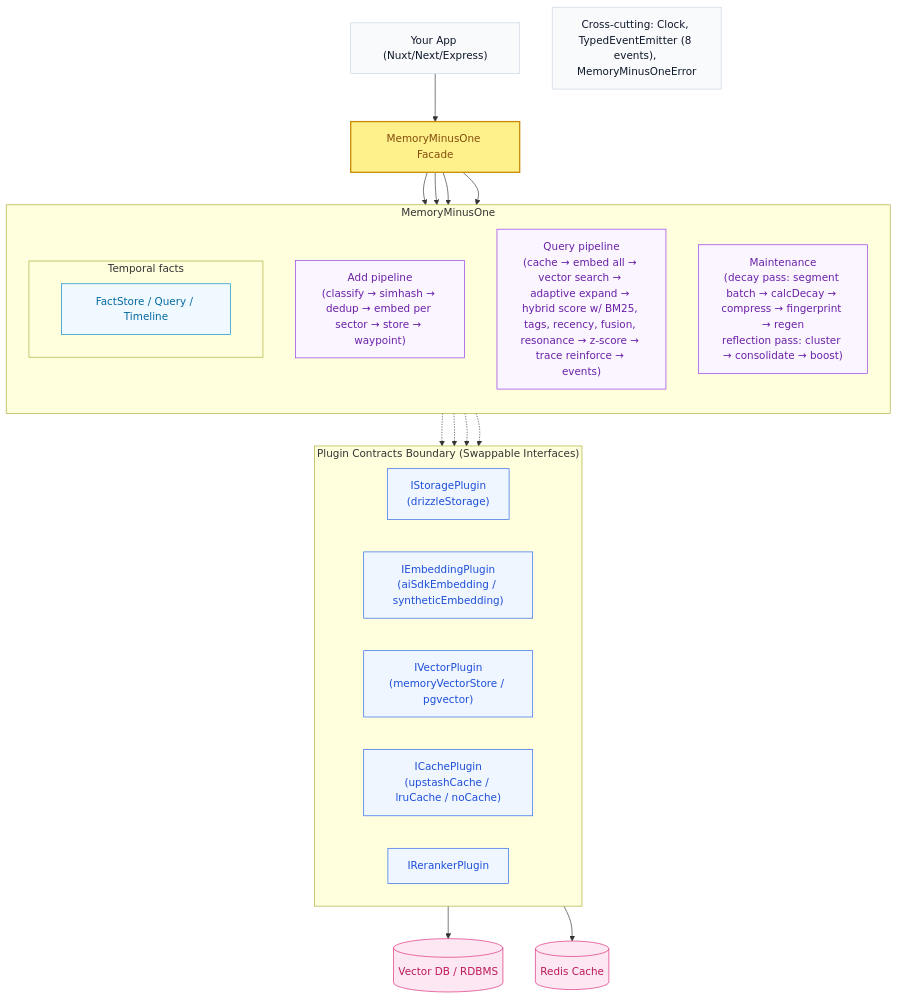
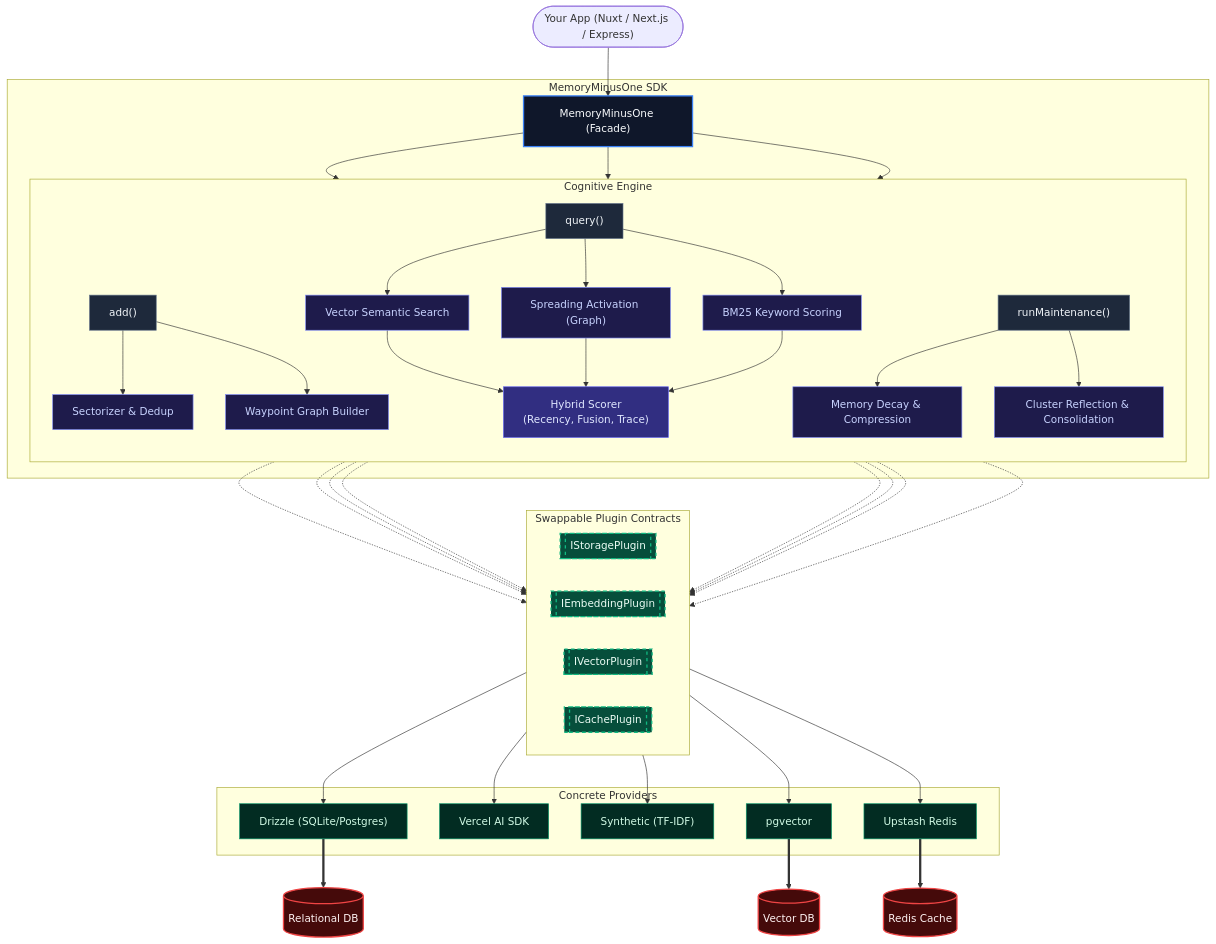
The diagram in README.md (NormVg/MemoryMinusOne), drawn with Mermaid before and after one commit.

Commit message:
docs: rewrite architecture diagram to be workflow-oriented and detailed

````diff
--- a/README.md
+++ b/README.md
@@ -85,51 +85,79 @@
 ```mermaid
 flowchart TD
     %% Styling Classes
-    classDef input fill:#f8fafc,stroke:#cbd5e1,stroke-width:1px,color:#0f172a;
-    classDef router fill:#e0f2fe,stroke:#0284c7,stroke-width:1px,color:#0369a1;
-    classDef db fill:#fce7f3,stroke:#db2777,stroke-width:1px,color:#be185d;
-    classDef engine fill:#faf5ff,stroke:#9333ea,stroke-width:1px,color:#6b21a8;
-    classDef facts fill:#f0f9ff,stroke:#0284c7,stroke-width:1px,color:#0369a1;
-    classDef plugin fill:#eff6ff,stroke:#2563eb,stroke-width:1px,color:#1d4ed8;
-    classDef outputNode fill:#f0fdf4,stroke:#16a34a,stroke-width:1px,color:#15803d;
-    classDef facade fill:#fef08a,stroke:#ca8a04,stroke-width:2px,color:#854d0e;
+    classDef facade fill:#0f172a,stroke:#3b82f6,stroke-width:2px,color:#f8fafc;
+    classDef api fill:#1e293b,stroke:#64748b,stroke-width:1px,color:#f1f5f9;
+    classDef engine fill:#312e81,stroke:#6366f1,stroke-width:1px,color:#e0e7ff;
+    classDef module fill:#1e1b4b,stroke:#818cf8,stroke-width:1px,color:#c7d2fe;
+    classDef pluginInterface fill:#064e3b,stroke:#10b981,stroke-width:2px,color:#ecfdf5,stroke-dasharray: 5 5;
+    classDef implementation fill:#022c22,stroke:#059669,stroke-width:1px,color:#d1fae5;
+    classDef database fill:#450a0a,stroke:#ef4444,stroke-width:2px,color:#fef2f2;
 
-    Input["Your App (Nuxt/Next/Express)"]:::input --> Facade["MemoryMinusOne Facade"]:::facade
+    UserApp(["Your App (Nuxt / Next.js / Express)"]) --> Facade
 
-    subgraph FacadeLayer ["MemoryMinusOne"]
-        direction TD
+    subgraph MemoryMinusOne [MemoryMinusOne SDK]
+        Facade["MemoryMinusOne (Facade)"]:::facade
         
-        AddPipe["Add pipeline<br/>(classify → simhash → dedup → embed per sector → store → waypoint)"]:::engine
-        QueryPipe["Query pipeline<br/>(cache → embed all → vector search → adaptive expand → hybrid score w/ BM25, tags, recency, fusion, resonance → z-score → trace reinforce → events)"]:::engine
-        Maintenance["Maintenance<br/>(decay pass: segment batch → calcDecay → compress → fingerprint → regen<br/>reflection pass: cluster → consolidate → boost)"]:::engine
+        %% Core APIs
+        Facade --> AddAPI["add()"]:::api
+        Facade --> QueryAPI["query()"]:::api
+        Facade --> MaintAPI["runMaintenance()"]:::api
         
-        subgraph TemporalFacts ["Temporal facts"]
-            FactStore["FactStore / Query / Timeline"]:::facts
+        %% Cognitive Engine Modules
+        subgraph CognitiveEngine [Cognitive Engine]
+            direction TB
+            AddAPI --> Sectorizer["Sectorizer & Dedup"]:::module
+            AddAPI --> GraphBuilder["Waypoint Graph Builder"]:::module
+            
+            QueryAPI --> SemanticSearch["Vector Semantic Search"]:::module
+            QueryAPI --> GraphTraverse["Spreading Activation (Graph)"]:::module
+            QueryAPI --> KeywordMatch["BM25 Keyword Scoring"]:::module
+            
+            SemanticSearch --> HybridScoring["Hybrid Scorer<br/>(Recency, Fusion, Trace)"]:::engine
+            GraphTraverse --> HybridScoring
+            KeywordMatch --> HybridScoring
+            
+            MaintAPI --> DecayEngine["Memory Decay & Compression"]:::module
+            MaintAPI --> ReflectionEngine["Cluster Reflection & Consolidation"]:::module
         end
     end
-    
-    Facade --> AddPipe
-    Facade --> QueryPipe
-    Facade --> Maintenance
-    Facade --> TemporalFacts
 
-    %% Plugin Boundary Layer
-    subgraph PluginBoundary ["Plugin Contracts Boundary (Swappable Interfaces)"]
+    %% Plugin Architecture
+    subgraph PluginLayer [Swappable Plugin Contracts]
         direction LR
-        IStore["IStoragePlugin<br/>(drizzleStorage)"]:::plugin
-        IEmbed["IEmbeddingPlugin<br/>(aiSdkEmbedding / syntheticEmbedding)"]:::plugin
-        IVec["IVectorPlugin<br/>(memoryVectorStore / pgvector)"]:::plugin
-        ICache["ICachePlugin<br/>(upstashCache / lruCache / noCache)"]:::plugin
-        IRerank["IRerankerPlugin"]:::plugin
+        IStorage[["IStoragePlugin"]]:::pluginInterface
+        IEmbed[["IEmbeddingPlugin"]]:::pluginInterface
+        IVector[["IVectorPlugin"]]:::pluginInterface
+        ICache[["ICachePlugin"]]:::pluginInterface
     end
 
-    AddPipe -.-> PluginBoundary
-    QueryPipe -.-> PluginBoundary
-    Maintenance -.-> PluginBoundary
-    TemporalFacts -.-> PluginBoundary
+    %% Wiring Engine to Plugins
+    Sectorizer -.-> IStorage
+    Sectorizer -.-> IEmbed
+    GraphBuilder -.-> IStorage
+    SemanticSearch -.-> IVector
+    SemanticSearch -.-> IEmbed
+    DecayEngine -.-> IStorage
+    DecayEngine -.-> IVector
+    QueryAPI -.-> ICache
 
-    PluginBoundary --> DB[(Vector DB / RDBMS)]:::db
-    PluginBoundary --> Cache[(Redis Cache)]:::db
-    
-    CrossCutting["Cross-cutting: Clock, TypedEventEmitter (8 events), MemoryMinusOneError"]:::input
+    %% Concrete Implementations
+    subgraph Implementations [Concrete Providers]
+        Drizzle["Drizzle (SQLite/Postgres)"]:::implementation
+        AISDK["Vercel AI SDK"]:::implementation
+        Synthetic["Synthetic (TF-IDF)"]:::implementation
+        PgVector["pgvector"]:::implementation
+        Upstash["Upstash Redis"]:::implementation
+    end
+
+    IStorage --> Drizzle
+    IEmbed --> AISDK
+    IEmbed --> Synthetic
+    IVector --> PgVector
+    ICache --> Upstash
+
+    %% External Infrastructure
+    Drizzle ==> DB[(Relational DB)]:::database
+    PgVector ==> VectorDB[(Vector DB)]:::database
+    Upstash ==> Redis[(Redis Cache)]:::database
 ```
````
